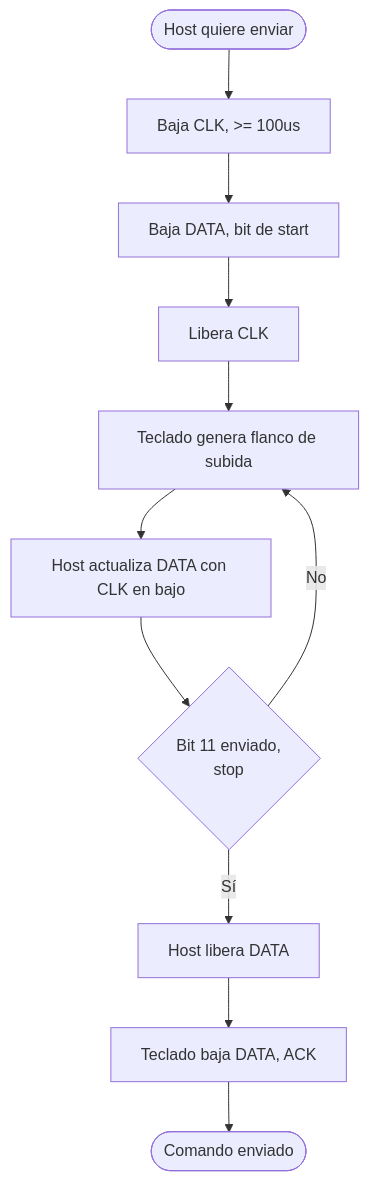
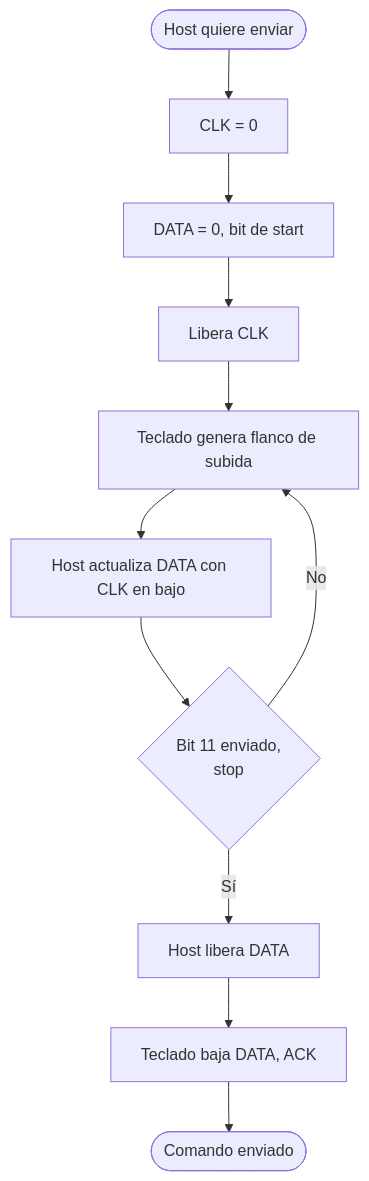
Before and after one commit to KUBIX2026/PS2_keyboard: the second of 2 diagrams in PS2_Keyboard/diagramas/Diagramas.md, drawn with Mermaid. The commit also changed other lines of this file, not shown here.

Commit message:
Update mermaid diagrams for keyboard and host

````diff
--- a/PS2_Keyboard/diagramas/Diagramas.md
+++ b/PS2_Keyboard/diagramas/Diagramas.md
@@ -19,13 +19,13 @@
 ```mermaid
 flowchart
-    A([Host quiere enviar]) --> B[Baja CLK, >= 100us]
-    B --> C[Baja DATA, bit de start]
+    A([Host quiere enviar]) --> B[CLK = 0]
+    B --> C[DATA = 0, bit de start]
     C --> D[Libera CLK]
     D --> E[Teclado genera flanco de subida]
     E --> F[Host actualiza DATA con CLK en bajo]
     F --> G{Bit 11 enviado,<br/>stop}
     G -- No --> E
     G -- Sí --> H[Host libera DATA]
     H --> I[Teclado baja DATA, ACK]
     I --> J([Comando enviado])
 ```
````
